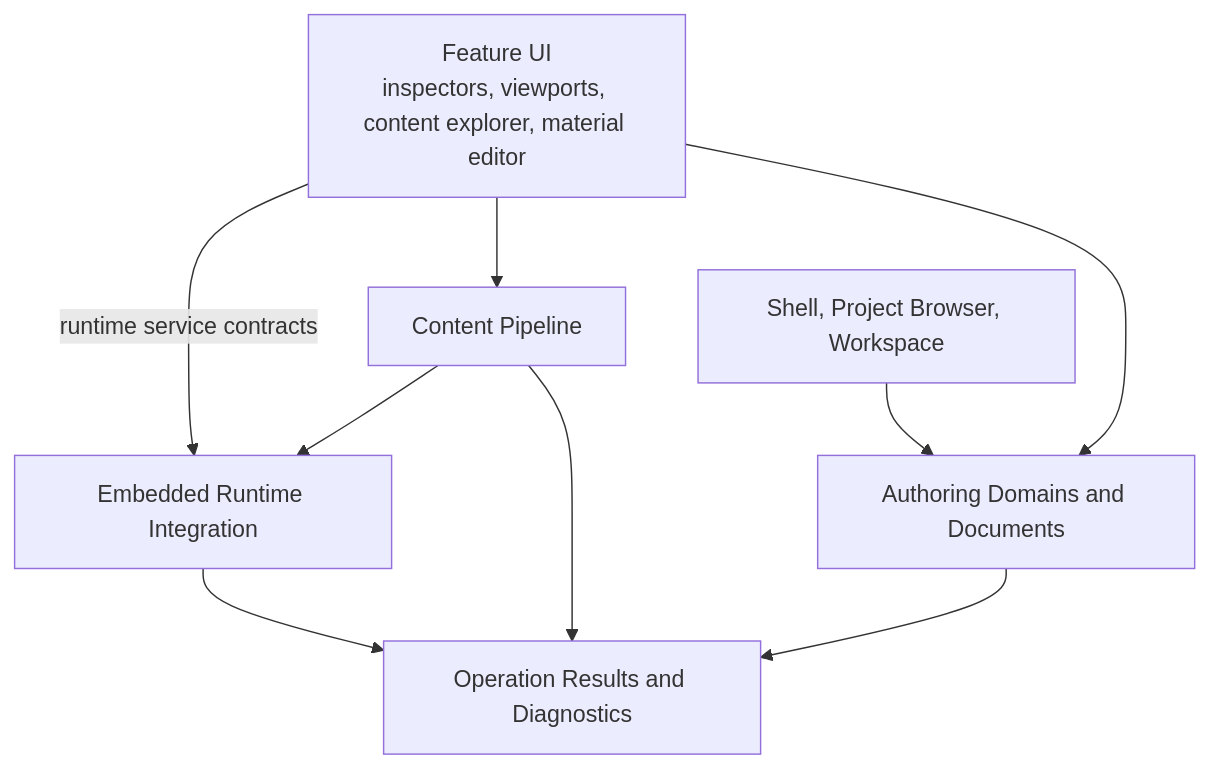
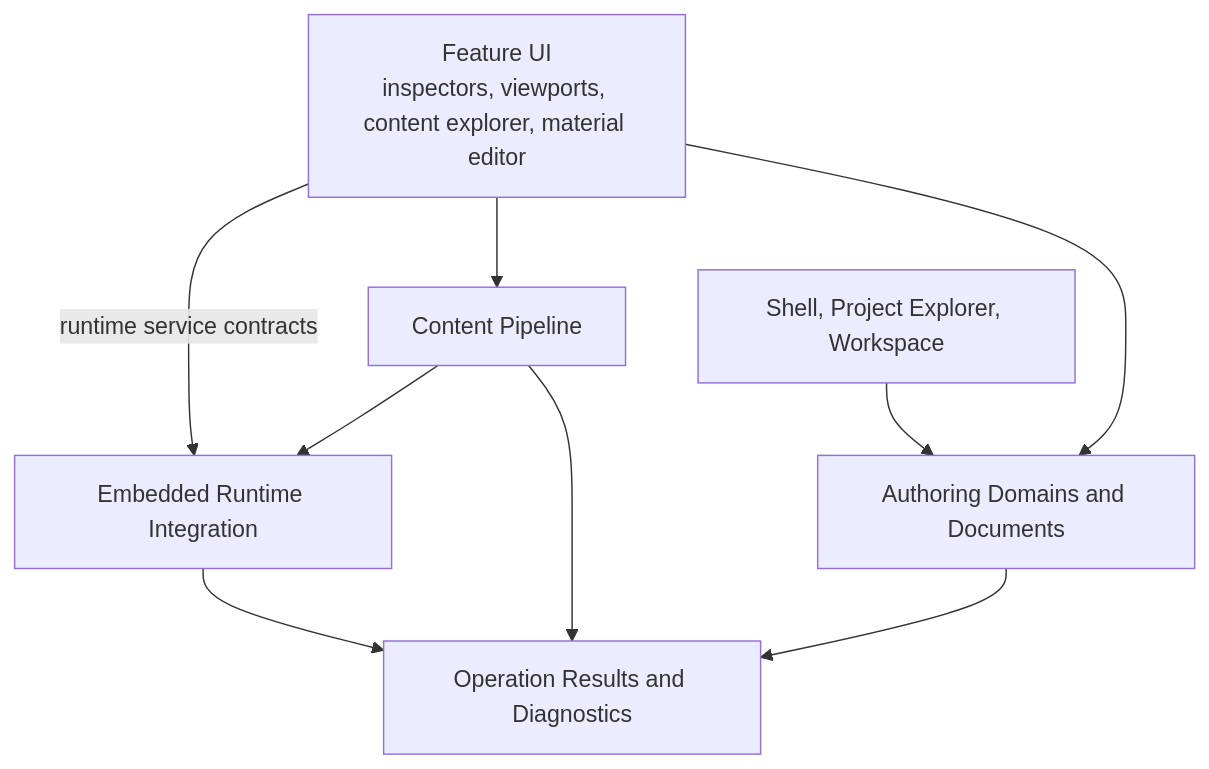
One commit to abdes/DroidNet changed the diagram in design/editor/DESIGN.md. Above: the diagram before and after it, drawn with Mermaid. The commit also changed other lines of this file and 104 other files, not shown here.

First line of the commit message:
refactor(project-explorer): name the start experience ProjectExplorer

````diff
--- a/design/editor/DESIGN.md
+++ b/design/editor/DESIGN.md
@@ -41,18 +41,18 @@
 ```mermaid
 flowchart TB
-    Shell[Shell, Project Browser, Workspace]
+    Shell[Shell, Project Explorer, Workspace]
     Authoring[Authoring Domains and Documents]
     FeatureUI[Feature UI<br/>inspectors, viewports, content explorer, material editor]
     Pipeline[Content Pipeline]
     Runtime[Embedded Runtime Integration]
     Diagnostics[Operation Results and Diagnostics]
 
     Shell --> Authoring
     FeatureUI --> Authoring
     FeatureUI --> Pipeline
     FeatureUI -- runtime service contracts --> Runtime
     Pipeline --> Runtime
     Runtime --> Diagnostics
     Pipeline --> Diagnostics
     Authoring --> Diagnostics
 ```
````
